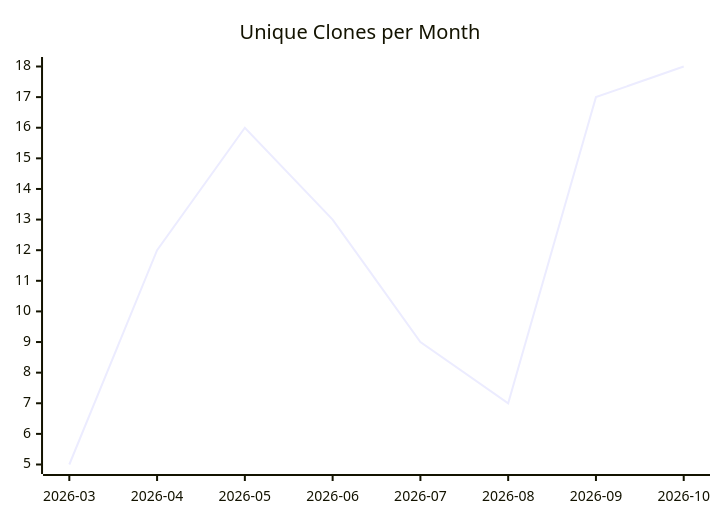
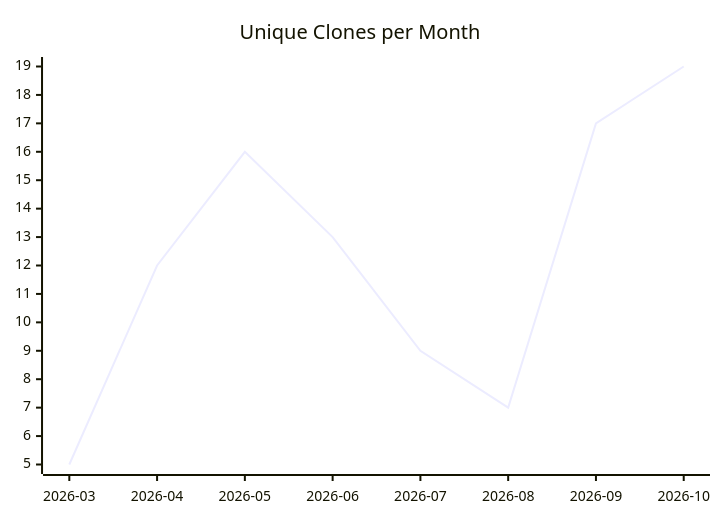
One commit to justdavis-family/github-analytics-data changed the third of 3 diagrams in karlmdavis/justdavis-karl/README.md. Above: the diagram before and after it, drawn with Mermaid. The commit also changed other lines of this file and 198 other files, not shown here.

````diff
--- a/karlmdavis/justdavis-karl/README.md
+++ b/karlmdavis/justdavis-karl/README.md
@@ -19,6 +19,6 @@
 ```mermaid
 xychart-beta
   title "Unique Clones per Month"
   x-axis ["2026-03", "2026-04", "2026-05", "2026-06", "2026-07", "2026-08", "2026-09", "2026-10"]
-  line [5, 12, 16, 13, 9, 7, 17, 18]
+  line [5, 12, 16, 13, 9, 7, 17, 19]
 ```
````
